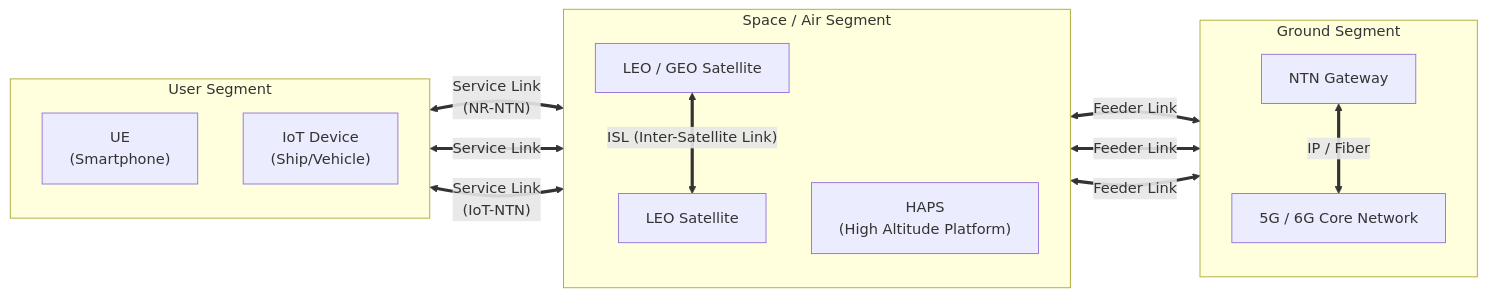
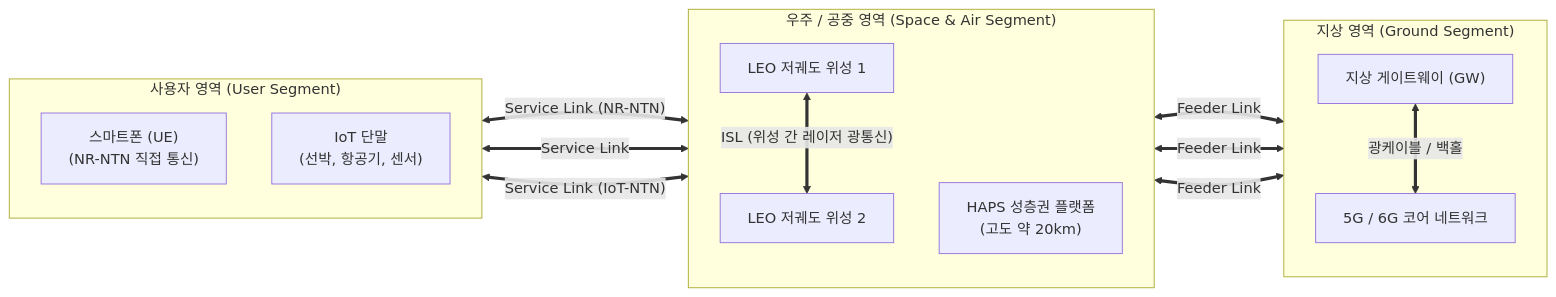
One commit to supremethumb/supremethumb.github.io changed the diagram in content/01_IT Tech/비지상네트워크.md. Above: the diagram before and after it, drawn with Mermaid. The commit also changed other lines of this file and 362 other files, not shown here.

````diff
--- a/content/01_IT Tech/비지상네트워크.md
+++ b/content/01_IT Tech/비지상네트워크.md
@@ -30,34 +31,32 @@
 ```mermaid
 flowchart LR
-    subgraph User_Segment["User Segment"]
+    subgraph User_Segment["사용자 영역 (User Segment)"]
         direction TB
-        UE1["UE<br/>(Smartphone)"]
-        UE2["IoT Device<br/>(Ship/Vehicle)"]
+        UE1["스마트폰 (UE)<br/>(NR-NTN 직접 통신)"]
+        UE2["IoT 단말<br/>(선박, 항공기, 센서)"]
     end
 
-    subgraph Space_Air_Segment["Space / Air Segment"]
+    subgraph Space_Air_Segment["우주 / 공중 영역 (Space & Air Segment)"]
         direction TB
-        SAT1["LEO / GEO Satellite"]
-        SAT2["LEO Satellite"]
-        HAPS["HAPS<br/>(High Altitude Platform)"]
+        SAT1["LEO 저궤도 위성 1"]
+        SAT2["LEO 저궤도 위성 2"]
+        HAPS["HAPS 성층권 플랫폼<br/>(고도 약 20km)"]
         
-        SAT1 <== "ISL (Inter-Satellite Link)" ==> SAT2
+        SAT1 <== "ISL (위성 간 레이저 광통신)" ==> SAT2
     end
 
-    subgraph Ground_Segment["Ground Segment"]
+    subgraph Ground_Segment["지상 영역 (Ground Segment)"]
         direction TB
-        GW["NTN Gateway"]
-        CN["5G / 6G Core Network"]
+        GW["지상 게이트웨이 (GW)"]
+        CN["5G / 6G 코어 네트워크"]
+        GW <== "광케이블 / 백홀" ==> CN
     end
 
-    UE1 <== "Service Link<br/>(NR-NTN)" ==> SAT1
+    UE1 <== "Service Link (NR-NTN)" ==> SAT1
     UE1 <== "Service Link" ==> HAPS
-    UE2 <== "Service Link<br/>(IoT-NTN)" ==> SAT2
+    UE2 <== "Service Link (IoT-NTN)" ==> SAT2
     
     SAT1 <== "Feeder Link" ==> GW
     SAT2 <== "Feeder Link" ==> GW
     HAPS <== "Feeder Link" ==> GW
-    
-    GW <== "IP / Fiber" ==> CN
-
 ```
````
